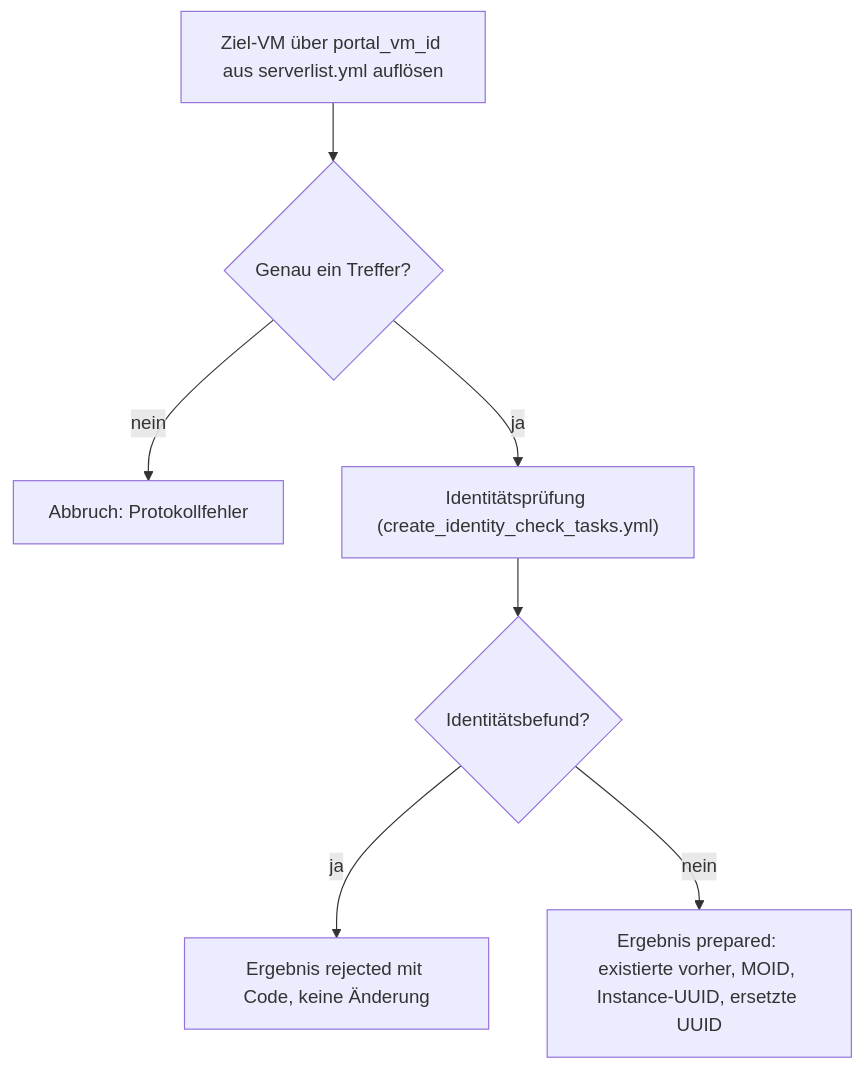
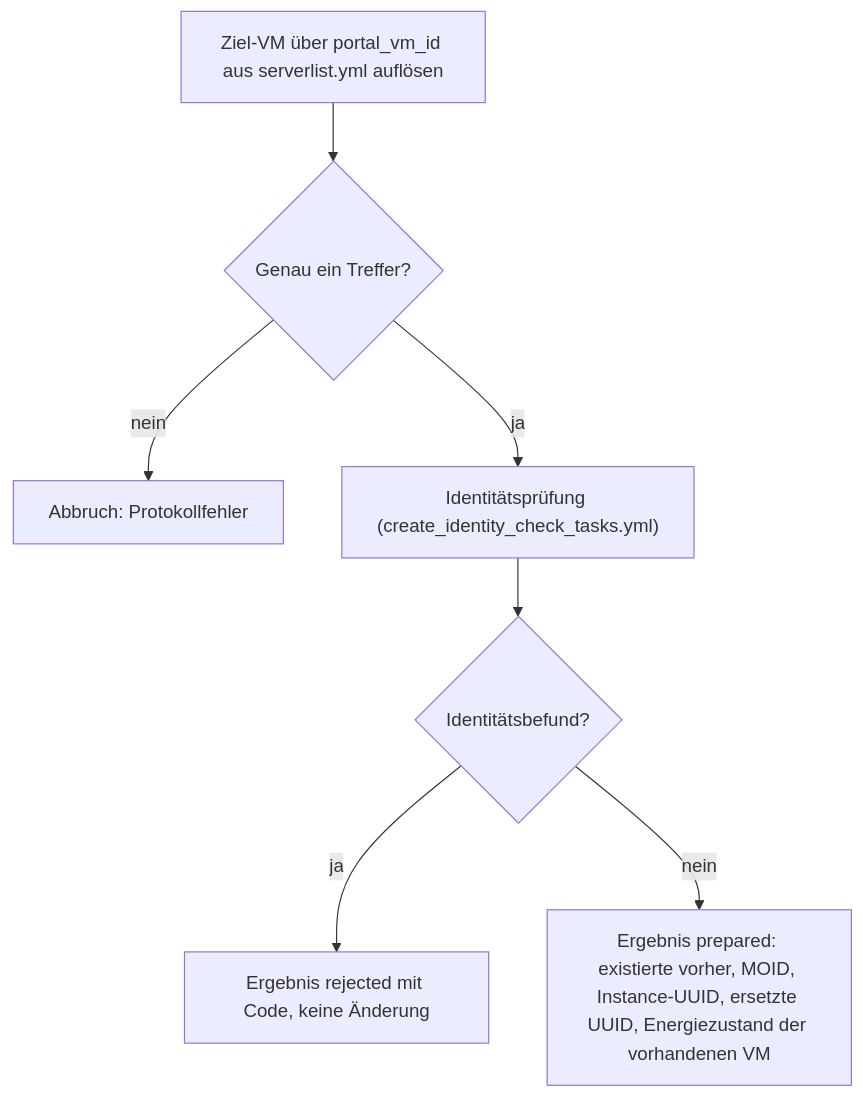
Before and after one commit to Samy94M/VirtuSphere-v2-WebApp: the fourth of 13 diagrams in docs/operations/deploy-flows.md, drawn with Mermaid. The commit also changed other lines of this file and 28 other files, not shown here.

````diff
--- a/docs/operations/deploy-flows.md
+++ b/docs/operations/deploy-flows.md
@@ -200,9 +204,9 @@
 ```mermaid
 flowchart TD
   A["Ziel-VM über portal_vm_id aus serverlist.yml auflösen"] --> B{"Genau ein Treffer?"}
   B -->|nein| BX["Abbruch: Protokollfehler"]
   B -->|ja| C["Identitätsprüfung (create_identity_check_tasks.yml)"]
   C --> D{"Identitätsbefund?"}
   D -->|ja| DR["Ergebnis rejected mit Code, keine Änderung"]
-  D -->|nein| DP["Ergebnis prepared: existierte vorher, MOID, Instance-UUID, ersetzte UUID"]
+  D -->|nein| DP["Ergebnis prepared: existierte vorher, MOID, Instance-UUID, ersetzte UUID, Energiezustand der vorhandenen VM"]
 ```
````
